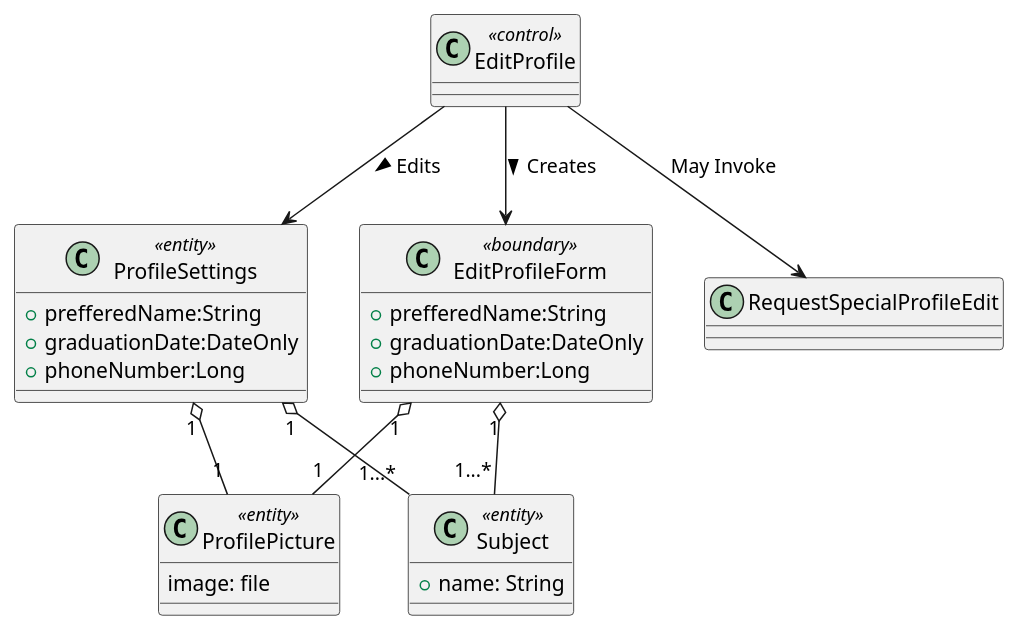
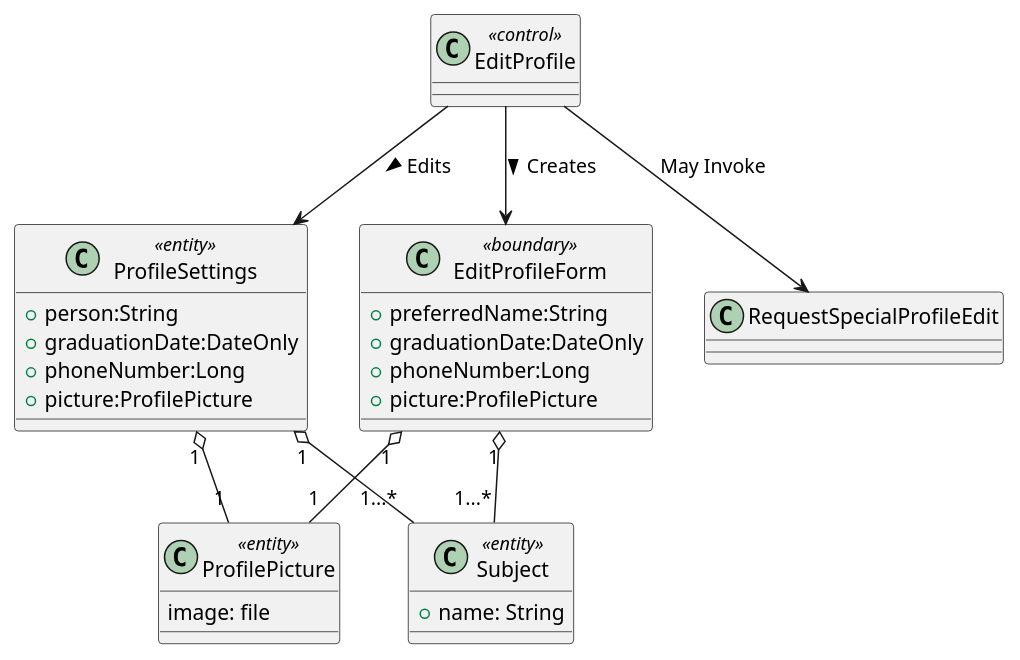
The second of 2 diagrams in Use Cases/EditProfile.iuml (bmb0136/COMP-3700-Project), drawn with PlantUML before and after one commit. The commit also changed 2 other files, not shown here.

Commit message:
add edit profile seq

```diff
--- a/Use Cases/EditProfile.iuml
+++ b/Use Cases/EditProfile.iuml
@@ -25,35 +25,36 @@
 @startuml Edit Profile Object Model
 class EditProfile <<control>> {}
 class EditProfileForm <<boundary>>
 {
-+prefferedName:String
++preferredName:String
 +graduationDate:DateOnly
 +phoneNumber:Long
++picture:ProfilePicture
 }
 
 class ProfileSettings <<entity>>
 {
-+prefferedName:String
++person:String
 +graduationDate:DateOnly
 +phoneNumber:Long
-
++picture:ProfilePicture
 }
 
 class ProfilePicture <<entity>>
 {
 image: file
 }
 
 class Subject <<entity>>
 {
 +name: String
 }
 
 EditProfile --> EditProfileForm : Creates >
 EditProfile --> ProfileSettings : Edits >
 EditProfileForm "1" o-- "1" ProfilePicture
 ProfileSettings "1" o-- "1" ProfilePicture
 ProfileSettings "1" o-- "1...*"Subject
 EditProfileForm  "1" o-- "1...*"Subject
 EditProfile --> RequestSpecialProfileEdit: May Invoke
 @enduml
```
